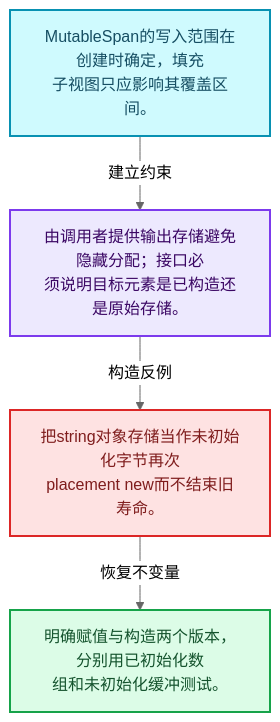
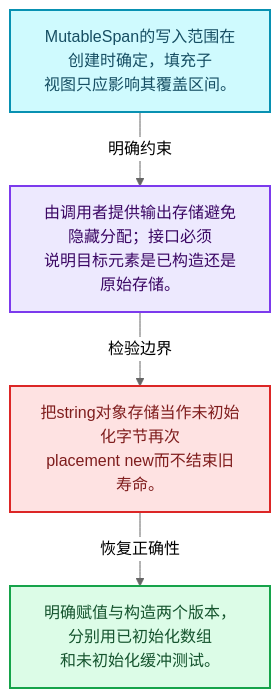
The first of 4 diagrams in 杂/markdown/全面学习-codex/01-基础容器与现代CPP/06-MutableSpan可写视图.md (yunkezengren/blender-.vscode), drawn with Mermaid (neutral theme) before and after one commit. The commit also changed other lines of this file and 1930 other files, not shown here.

````diff
--- a/杂/markdown/全面学习-codex/01-基础容器与现代CPP/06-MutableSpan可写视图.md
+++ b/杂/markdown/全面学习-codex/01-基础容器与现代CPP/06-MutableSpan可写视图.md
@@ -29,16 +29,16 @@
 ```mermaid
 flowchart TB
-  M["MutableSpan的写入范围在创建时确定，填充<br/>子视图只应影响其覆盖区间。"]:::data
-  T["由调用者提供输出存储避免隐藏分配；接口必<br/>须说明目标元素是已构造还是原始存储。"]:::abstraction
-  X["把string对象存储当作未初始化字节再次<br/>placement new而不结束旧寿命。"]:::error
-  A["明确赋值与构造两个版本，分别用已初始化数<br/>组和未初始化缓冲测试。"]:::result
-  M -->|"建立约束"| T
-  T -->|"构造反例"| X
-  X -->|"恢复不变量"| A
+  M["MutableSpan的写入范围在创建时确定，填充子<br/>视图只应影响其覆盖区间。"]:::data
+  C["由调用者提供输出存储避免隐藏分配；接口必须<br/>说明目标元素是已构造还是原始存储。"]:::abstraction
+  B["把string对象存储当作未初始化字节再次<br/>placement new而不结束旧寿命。"]:::error
+  R["明确赋值与构造两个版本，分别用已初始化数组<br/>和未初始化缓冲测试。"]:::result
+  M -->|"明确约束"| C
+  C -->|"检验边界"| B
+  B -->|"恢复正确性"| R
   classDef input fill:#DBEAFE,stroke:#2563EB,color:#172554,stroke-width:2px;
   classDef data fill:#CFFAFE,stroke:#0891B2,color:#164E63,stroke-width:2px;
   classDef abstraction fill:#EDE9FE,stroke:#7C3AED,color:#3B0764,stroke-width:2px;
   classDef compute fill:#FEF3C7,stroke:#D97706,color:#78350F,stroke-width:2px;
   classDef result fill:#DCFCE7,stroke:#16A34A,color:#14532D,stroke-width:2px;
   classDef error fill:#FEE2E2,stroke:#DC2626,color:#7F1D1D,stroke-width:2px;
 ```
````
